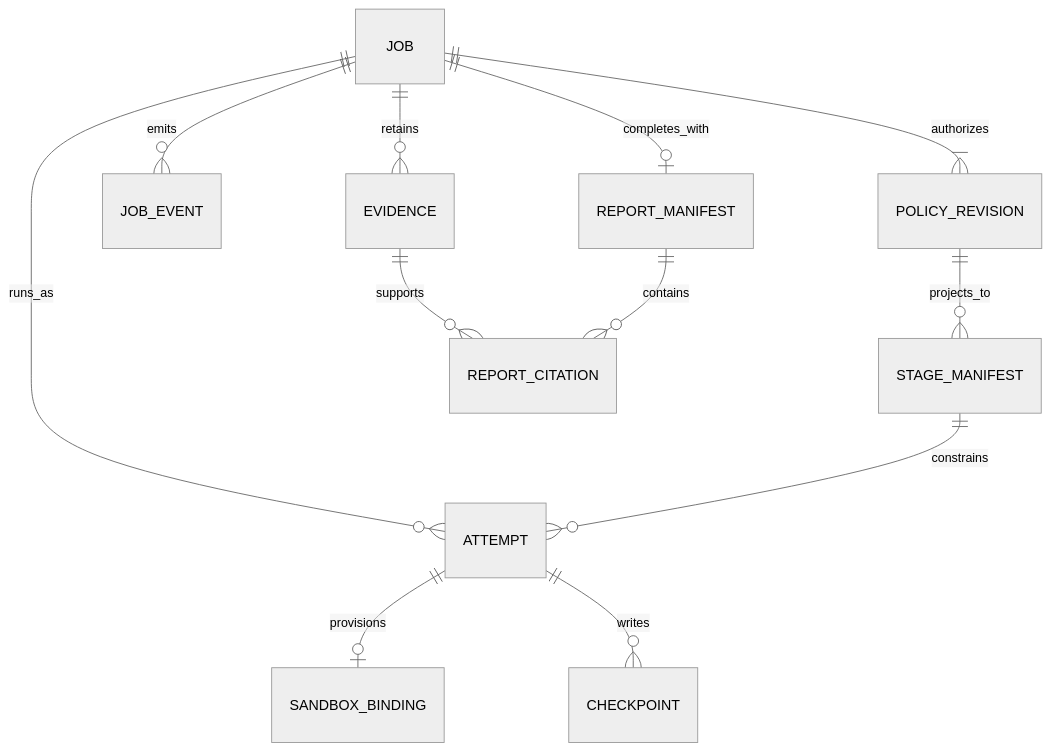
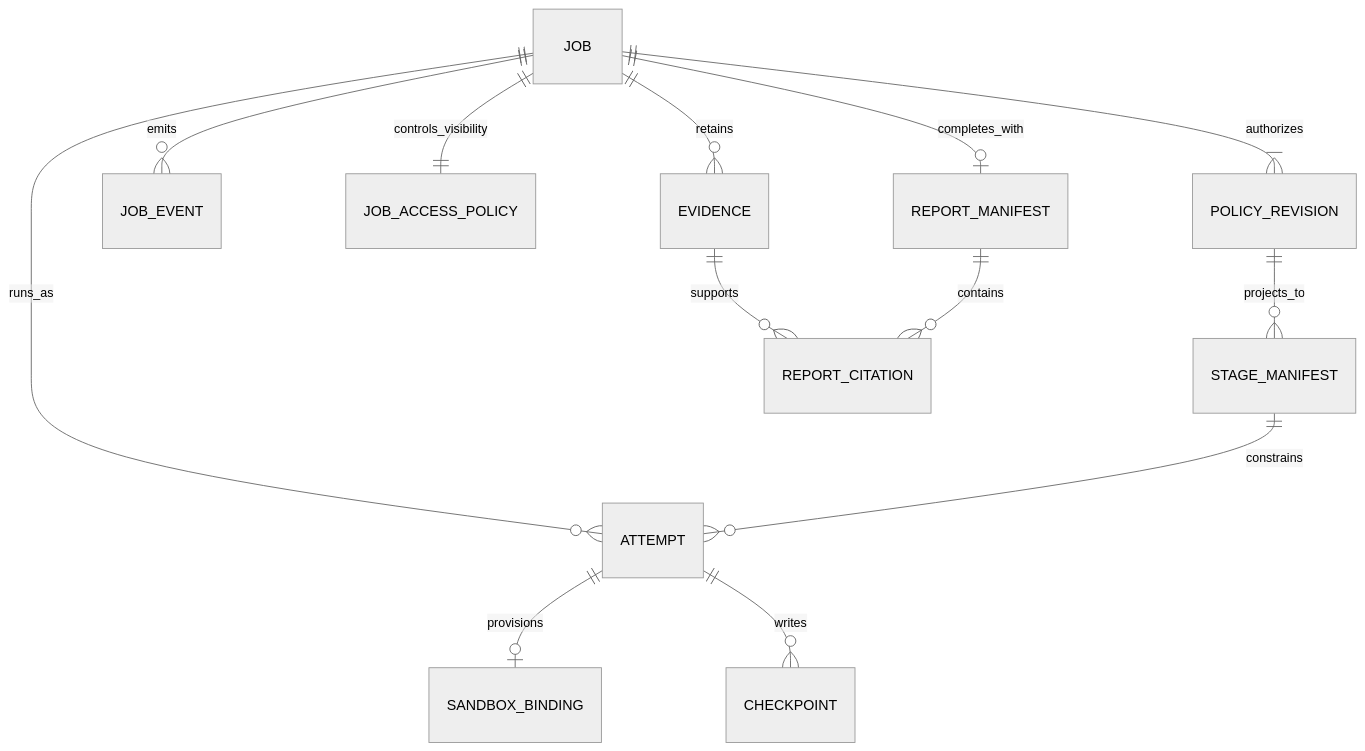
One commit to gvaibhav/openshell-deep-research-platform changed the first of 7 diagrams in docs/design/job-lifecycle.md. Above: the diagram before and after it, drawn with Mermaid (neutral theme). The commit also changed other lines of this file and 41 other files, not shown here.

First line of the commit message:
Enhance job access control and evidence handling

````diff
--- a/docs/design/job-lifecycle.md
+++ b/docs/design/job-lifecycle.md
@@ -25,14 +26,15 @@
 ```mermaid
 erDiagram
     JOB ||--|{ POLICY_REVISION : authorizes
     JOB ||--o{ ATTEMPT : runs_as
     JOB ||--o{ JOB_EVENT : emits
+    JOB ||--|| JOB_ACCESS_POLICY : controls_visibility
     JOB ||--o{ EVIDENCE : retains
     JOB ||--o| REPORT_MANIFEST : completes_with
     POLICY_REVISION ||--o{ STAGE_MANIFEST : projects_to
     ATTEMPT ||--o| SANDBOX_BINDING : provisions
     ATTEMPT ||--o{ CHECKPOINT : writes
     STAGE_MANIFEST ||--o{ ATTEMPT : constrains
     EVIDENCE ||--o{ REPORT_CITATION : supports
     REPORT_MANIFEST ||--o{ REPORT_CITATION : contains
 ```
````
